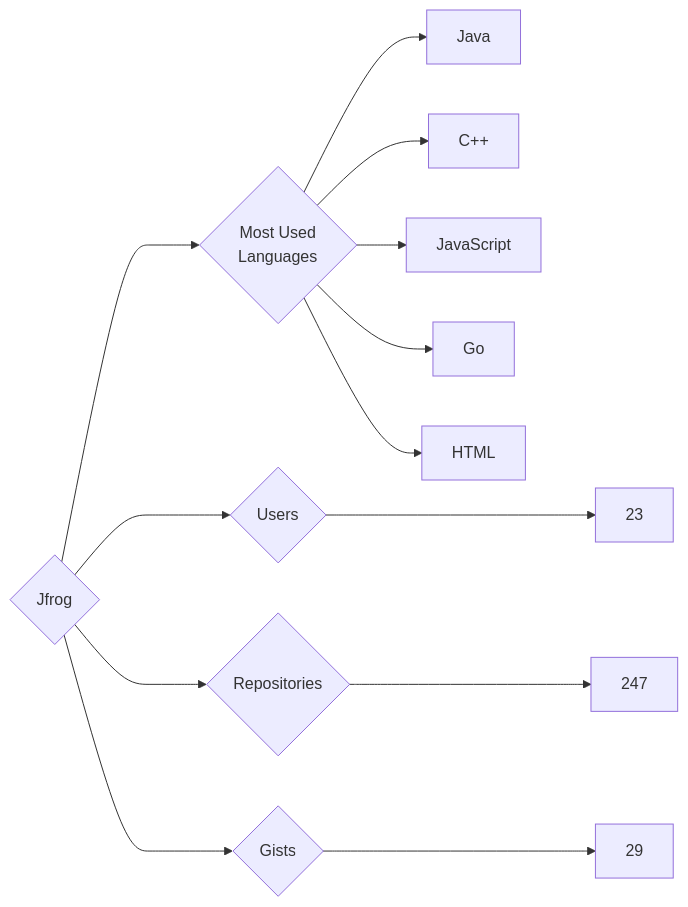
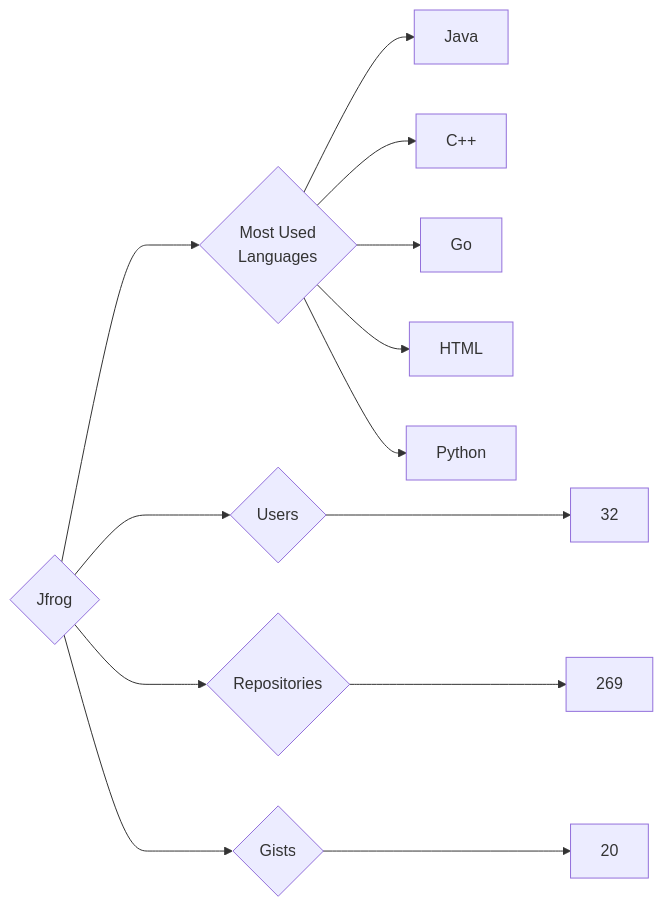
Before and after one commit to trickest/insiders: the diagram in targets/Jfrog/README.md, drawn with Mermaid. The commit also changed 873 other files, not shown here.

````diff
--- a/targets/Jfrog/README.md
+++ b/targets/Jfrog/README.md
@@ -3,13 +3,13 @@
 ```mermaid
 graph LR
 COMPANY_NAME{Jfrog}
-COMPANY_NAME ---> U{Users} ---> UN[23]
-COMPANY_NAME ---> R{Repositories} ---> RN[247]
-COMPANY_NAME ---> G{Gists} ---> GN[29]
+COMPANY_NAME ---> U{Users} ---> UN[32]
+COMPANY_NAME ---> R{Repositories} ---> RN[269]
+COMPANY_NAME ---> G{Gists} ---> GN[20]
 COMPANY_NAME ---> ML{Most Used<br>Languages}
 ML --> Java[Java]
 ML --> C++[C++]
-ML --> JavaScript[JavaScript]
 ML --> Go[Go]
 ML --> HTML[HTML]
+ML --> Python[Python]
 ```
````
